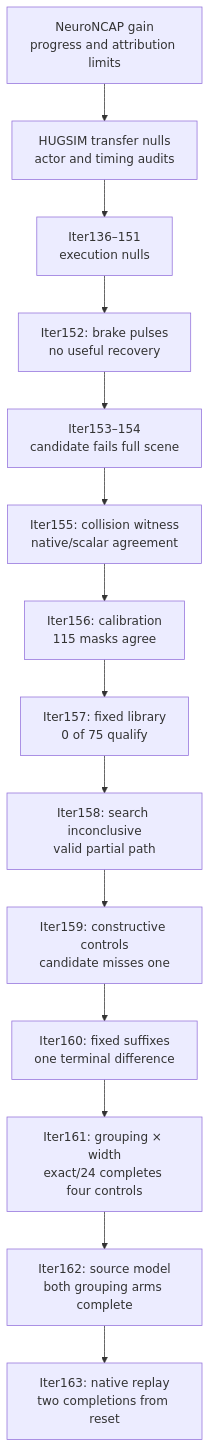
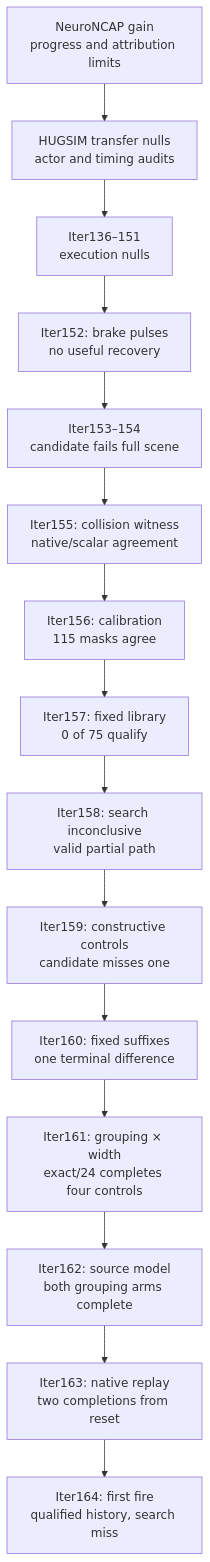
Before and after one commit to manfromnowhere143/sentinel: the second of 3 diagrams in README.md, drawn with Mermaid. The commit also changed other lines of this file and 38 other files, not shown here.

Commit message:
Close monitor-time continuation with an independently admitted bounded miss

````diff
--- a/README.md
+++ b/README.md
@@ -228,18 +228,19 @@
 ```mermaid
 flowchart TB
   accTitle: How the evidence changed the research question
-  accDescr: Native completion from reset follows transfer nulls; monitor-time recovery remains unproved.
+  accDescr: Reset-time completion precedes a bounded miss from the monitor history.
   N["NeuroNCAP gain<br/>progress and attribution limits"] --> T["HUGSIM transfer nulls<br/>actor and timing audits"]
   T --> E["Iter136–151<br/>execution nulls"]
   E --> P["Iter152: brake pulses<br/>no useful recovery"]
   P --> M["Iter153–154<br/>candidate fails full scene"]
   M --> W["Iter155: collision witness<br/>native/scalar agreement"]
   W --> C["Iter156: calibration<br/>115 masks agree"]
   C --> L["Iter157: fixed library<br/>0 of 75 qualify"]
   L --> A["Iter158: search inconclusive<br/>valid partial path"]
   A --> Q["Iter159: constructive controls<br/>candidate misses one"]
   Q --> K["Iter160: fixed suffixes<br/>one terminal difference"]
   K --> G["Iter161: grouping × width<br/>exact/24 completes four controls"]
   G --> S["Iter162: source model<br/>both grouping arms complete"]
   S --> V["Iter163: native replay<br/>two completions from reset"]
+  V --> B["Iter164: first fire<br/>qualified history, search miss"]
 ```
````
